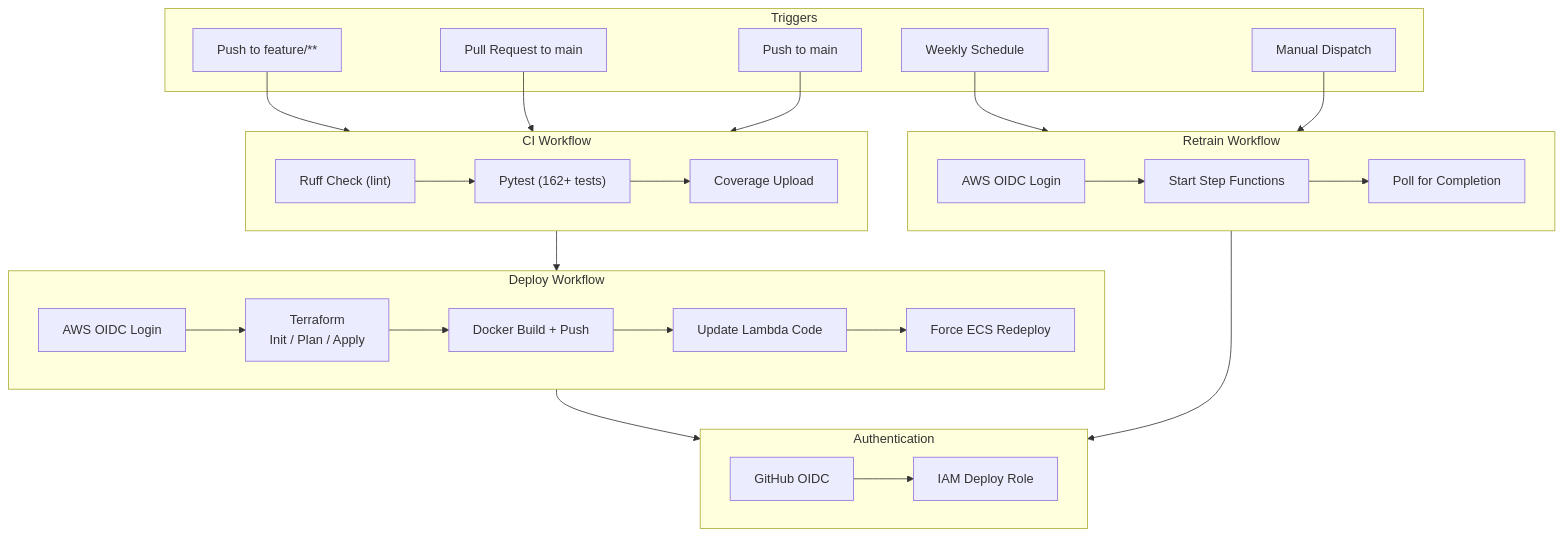
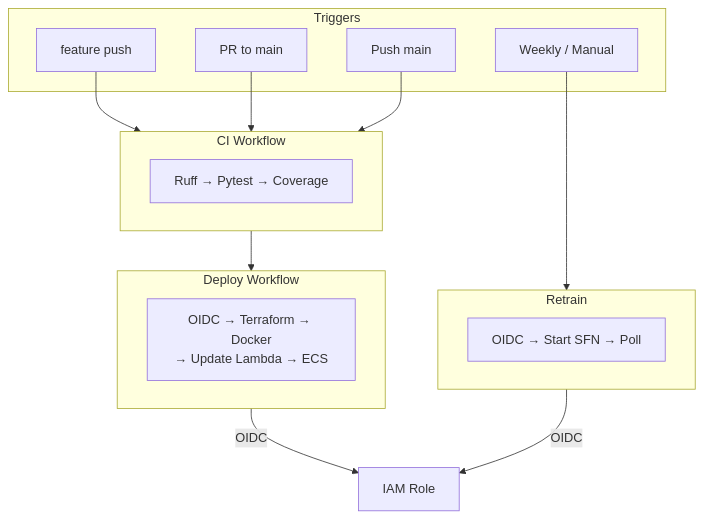
Before and after one commit to rawad-yared/bcgx-spanishgas-g1: the seventh of 8 diagrams in README.md, drawn with Mermaid. The commit also changed other lines of this file, not shown here.

First line of the commit message:
Simplify all Mermaid diagrams to fix GitHub text truncation

````diff
--- a/README.md
+++ b/README.md
@@ -342,45 +297,26 @@
 ```mermaid
-graph TD
+flowchart TD
     subgraph Triggers
-        PUSH_F["Push to feature/**"]
-        PR["Pull Request to main"]
-        PUSH_M["Push to main"]
-        SCHED["Weekly Schedule"]
-        MANUAL["Manual Dispatch"]
+        PF[feature push]
+        PR[PR to main]
+        PM[Push main]
+        SC[Weekly / Manual]
     end
 
-    subgraph CI["CI Workflow"]
-        LINT["Ruff Check (lint)"]
-        TEST["Pytest (162+ tests)"]
-        COV["Coverage Upload"]
-        LINT --> TEST --> COV
+    subgraph CI[CI Workflow]
+        CIF["Ruff → Pytest → Coverage"]
     end
 
-    subgraph Deploy["Deploy Workflow"]
-        OIDC["AWS OIDC Login"]
-        TF_PLAN["Terraform<br>Init / Plan / Apply"]
-        DOCKER["Docker Build + Push"]
-        UPDATE_LAMBDA["Update Lambda Code"]
-        ECS_DEPLOY["Force ECS Redeploy"]
-        OIDC --> TF_PLAN --> DOCKER --> UPDATE_LAMBDA --> ECS_DEPLOY
+    subgraph Deploy[Deploy Workflow]
+        DP["OIDC → Terraform → Docker<br>→ Update Lambda → ECS"]
     end
 
-    subgraph Retrain["Retrain Workflow"]
-        OIDC2["AWS OIDC Login"]
-        SFN_START["Start Step Functions"]
-        POLL["Poll for Completion"]
-        OIDC2 --> SFN_START --> POLL
+    subgraph Retrain
+        RT["OIDC → Start SFN → Poll"]
     end
 
-    PUSH_F & PR --> CI
-    PUSH_M --> CI --> Deploy
-    SCHED & MANUAL --> Retrain
-
-    subgraph Auth["Authentication"]
-        GH_OIDC["GitHub OIDC"]
-        IAM_ROLE["IAM Deploy Role"]
-        GH_OIDC --> IAM_ROLE
-    end
-
-    Deploy & Retrain --> Auth
+    PF & PR --> CI
+    PM --> CI --> Deploy
+    SC --> Retrain
+    Deploy & Retrain -->|OIDC| IAM[IAM Role]
 ```
````
